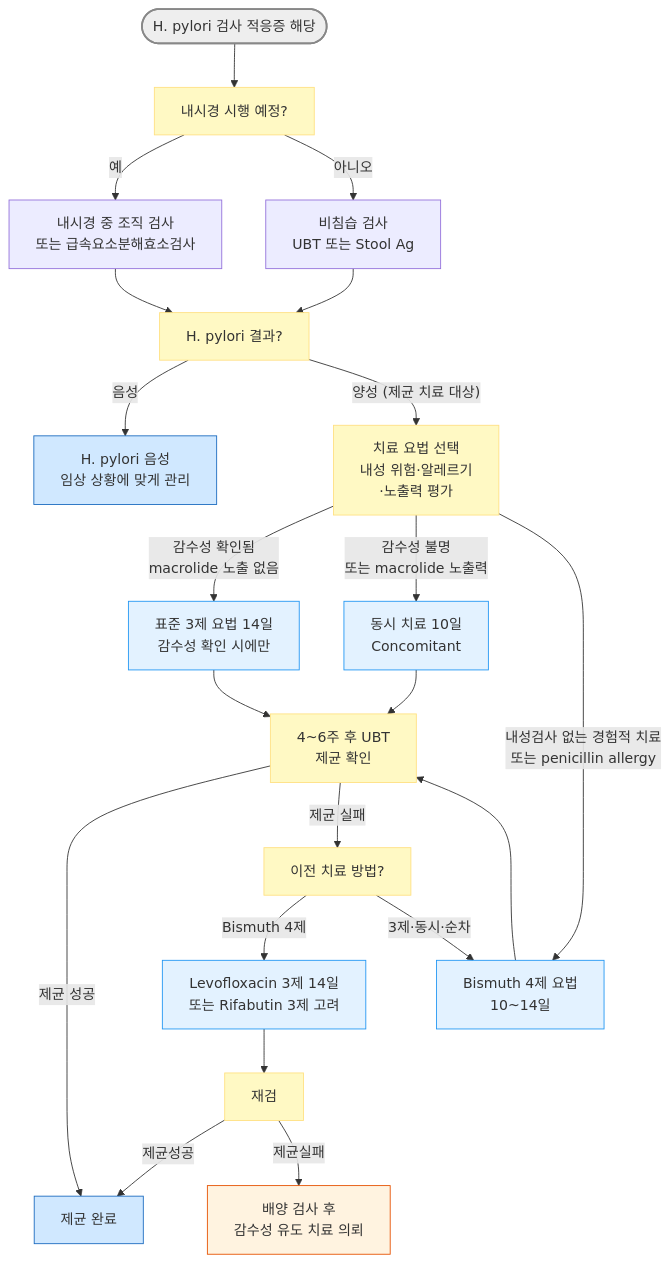
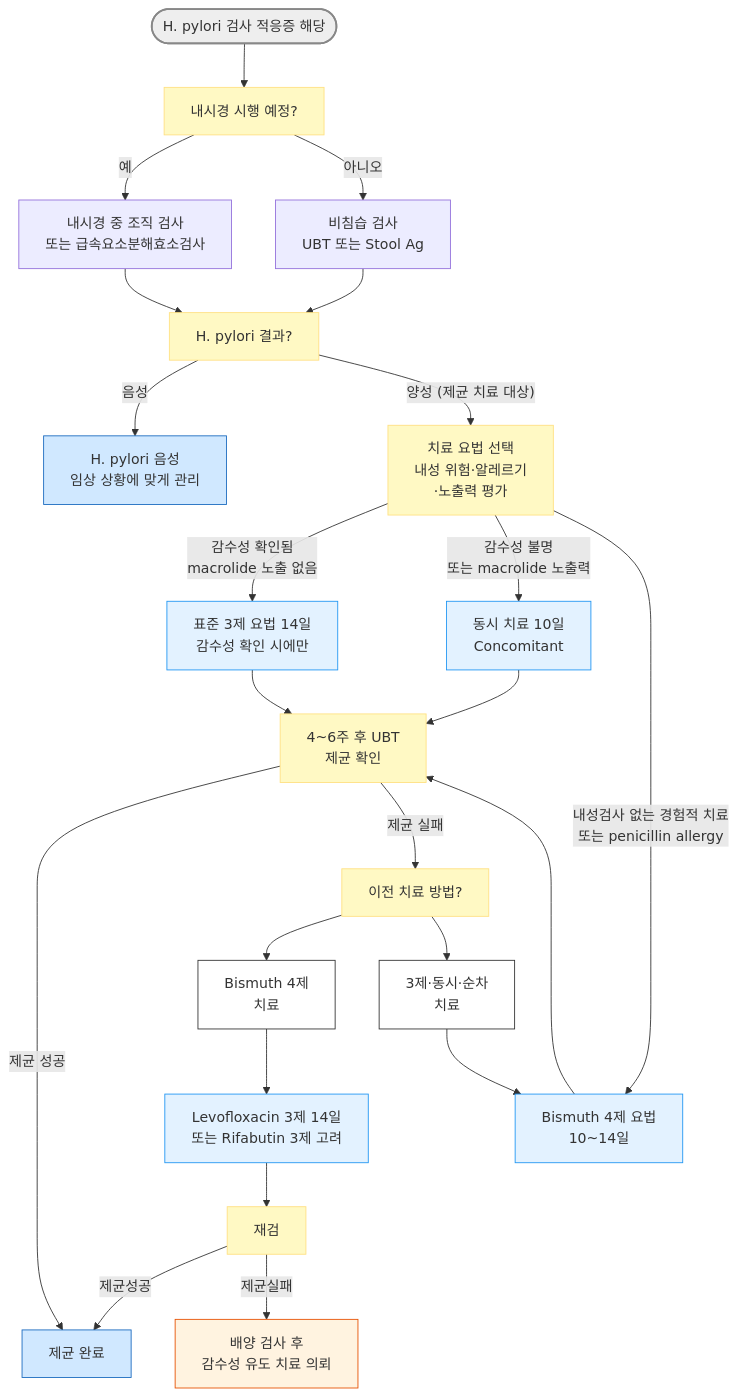
The diagram in 224_/080_-helicobacter-pylori-infection.md (familyoh77/familyoh77), drawn with Mermaid before and after one commit. The commit also changed other lines of this file, not shown here.

````diff
--- a/224_/080_-helicobacter-pylori-infection.md
+++ b/224_/080_-helicobacter-pylori-infection.md
@@ -89,32 +93,34 @@
 ```mermaid
 flowchart TD
     A([H. pylori 검사 적응증 해당]) --> B[내시경 시행 예정?]
     B -- 예 --> C[내시경 중 조직 검사<br/>또는 급속요소분해효소검사]
     B -- 아니오 --> D[비침습 검사<br/>UBT 또는 Stool Ag]
     C --> E[H. pylori 결과?]
     D --> E
     E -- 음성 --> F[H. pylori 음성<br/>임상 상황에 맞게 관리]
     E -- 양성 (제균 치료 대상) --> H[치료 요법 선택<br/>내성 위험·알레르기<br/>·노출력 평가]
     H -- 감수성 확인됨<br/>macrolide 노출 없음 --> I[표준 3제 요법 14일<br/>감수성 확인 시에만]
     H -- 감수성 불명<br/>또는 macrolide 노출력 --> J[동시 치료 10일<br/>Concomitant]
     H -- 내성검사 없는 경험적 치료 <br/>또는 penicillin allergy --> K[Bismuth 4제 요법<br/>10~14일]
     I --> L[4~6주 후 UBT<br/>제균 확인]
     J --> L
     K --> L
     L -- 제균 성공 --> M[제균 완료]
     L -- 제균 실패 --> N[이전 치료 방법?]
-    N -- Bismuth 4제 --> O[Levofloxacin 3제 14일<br/>또는 Rifabutin 3제 고려]
-    N -- 3제·동시·순차 --> K
+    N --> S["Bismuth 4제 <br/>치료"] --> O[Levofloxacin 3제 14일<br/>또는 Rifabutin 3제 고려]
+    N --> T["3제·동시·순차<br/>치료"] --> K
     O --> P[재검]
     P -- 제균성공 --> M[제균 완료]
     P -- 제균실패 --> Q[배양 검사 후<br/>감수성 유도 치료 의뢰]
 
 style A fill:#eeeeee,stroke:#888888,stroke-width:2px
 classDef yellow fill:#fff9c4,stroke:#ffe082
 class B,E,H,L,N,P yellow
 classDef sky fill:#e3f2ff,stroke:#2196f3
 class I,J,K,O sky
+classDef white fill:#fff,stroke:#333
+class S,T white
 classDef blue fill:#d0e8ff,stroke:#1a6abf
 class F,M blue
 style Q fill:#fff3e0,stroke:#e65100,stroke-width:1px
 ```
````
